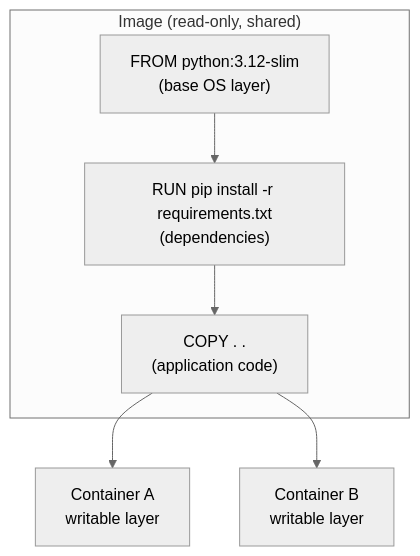
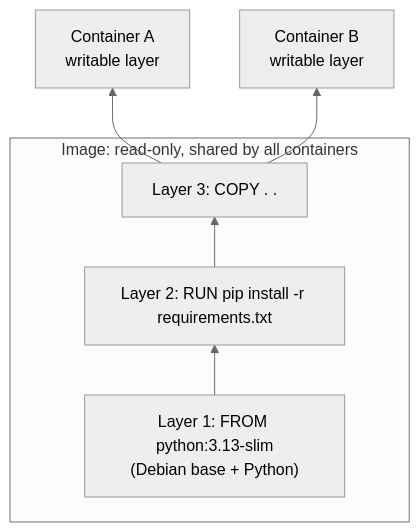
Before and after one commit to AndrewAltimit/Documentation: the second of 4 diagrams in github-pages/docs/technology/docker/fundamentals.md, drawn with Mermaid (neutral theme). The commit also changed other lines of this file and 240 other files, not shown here.

````diff
--- a/github-pages/docs/technology/docker/fundamentals.md
+++ b/github-pages/docs/technology/docker/fundamentals.md
@@ -249,11 +184,14 @@
 ```mermaid
-flowchart TB
-    subgraph Image["Image (read-only, shared)"]
-        L1["FROM python:3.12-slim<br/>(base OS layer)"]
-        L2["RUN pip install -r requirements.txt<br/>(dependencies)"]
-        L3["COPY . .<br/>(application code)"]
-        L1 --> L2 --> L3
+flowchart BT
+    L1["Layer 1: FROM python:3.13-slim<br/>(Debian base + Python)"]
+    L2["Layer 2: RUN pip install -r requirements.txt"]
+    L3["Layer 3: COPY . ."]
+    L1 --> L2 --> L3
+    L3 --> W1["Container A<br/>writable layer"]
+    L3 --> W2["Container B<br/>writable layer"]
+    subgraph shared["Image: read-only, shared by all containers"]
+        L1
+        L2
+        L3
     end
-    L3 --> C1["Container A<br/>writable layer"]
-    L3 --> C2["Container B<br/>writable layer"]
 ```
````
